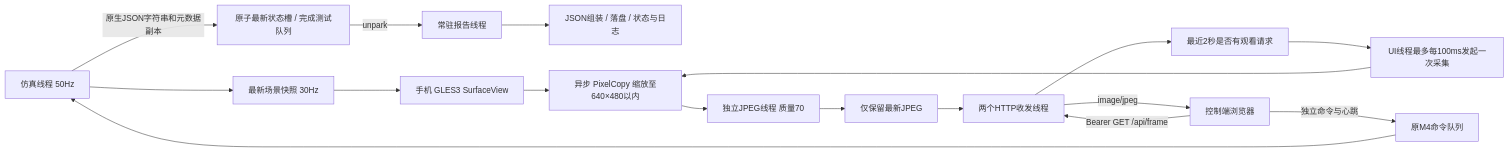
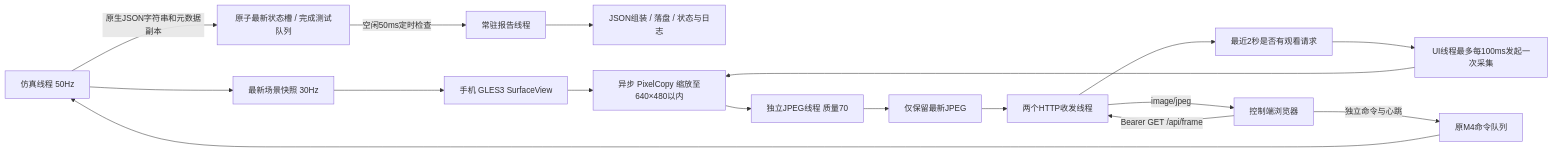
Before and after one commit to luoyanfeidao/microduck_android: the diagram in VIDEO.md, drawn with Mermaid. The commit also changed other lines of this file and 12 other files, not shown here.

````diff
--- a/VIDEO.md
+++ b/VIDEO.md
@@ -36,19 +40,19 @@
 ```mermaid
 flowchart LR
   Worker[仿真线程 50Hz] --> Snapshot[最新场景快照 30Hz]
   Worker -->|原生JSON字符串和元数据副本| ReportSlots[原子最新状态槽 / 完成测试队列]
-  ReportSlots -->|unpark| ReportThread[常驻报告线程]
+  ReportSlots -->|空闲50ms定时检查| ReportThread[常驻报告线程]
   ReportThread --> Reports[JSON组装 / 落盘 / 状态与日志]
   Snapshot --> GLES[手机 GLES3 SurfaceView]
   Browser[控制端浏览器] -->|Bearer GET /api/frame| HTTP[两个HTTP收发线程]
   HTTP --> Demand[最近2秒是否有观看请求]
   Demand --> UI[UI线程最多每100ms发起一次采集]
   GLES --> Copy[异步 PixelCopy 缩放至640×480以内]
   UI --> Copy
   Copy --> Encoder[独立JPEG线程 质量70]
   Encoder --> Latest[仅保留最新JPEG]
   Latest --> HTTP
   HTTP -->|image/jpeg| Browser
   Browser -->|独立命令与心跳| Mailbox[原M4命令队列]
   Mailbox --> Worker
 ```
````
